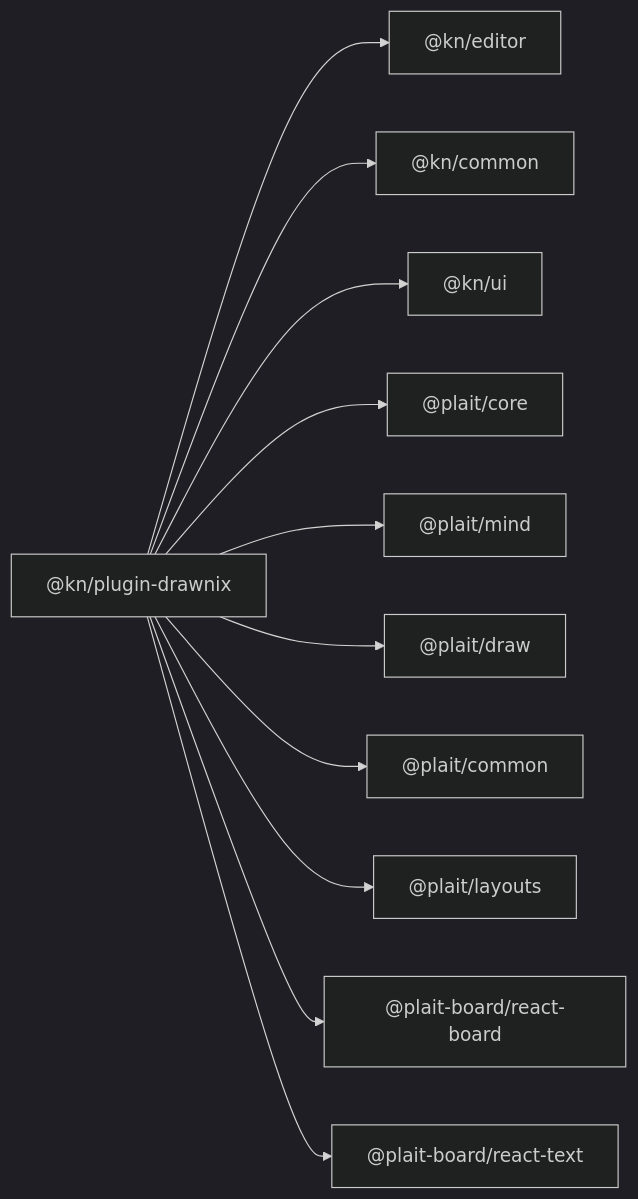
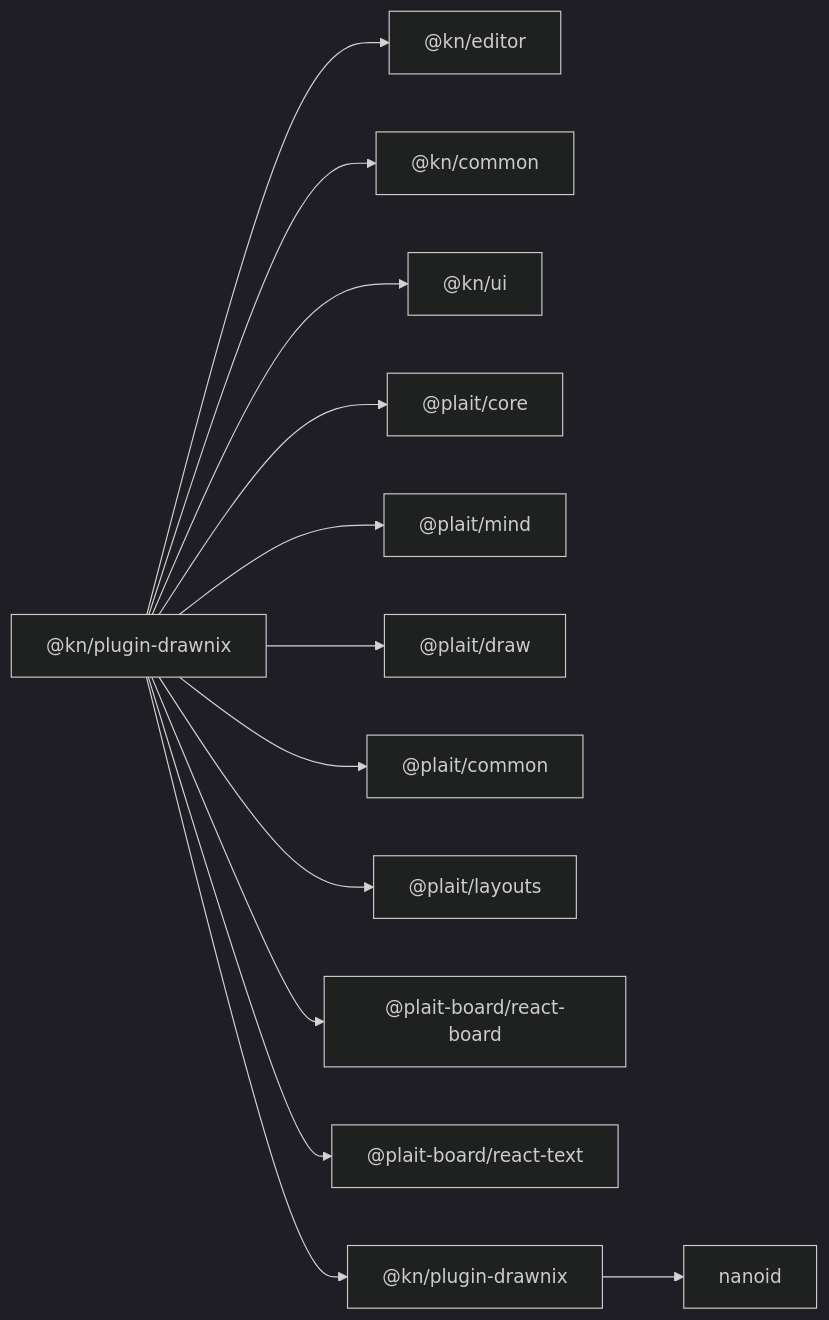
One commit to LRF0422/Kotion changed the eighth of 8 diagrams in .qoder/repowiki/zh/content/功能模块/绘图插件/Drawnix思维导图插件.md. Above: the diagram before and after it, drawn with Mermaid (dark theme). The commit also changed other lines of this file and 45 other files, not shown here.

````diff
--- a/.qoder/repowiki/zh/content/功能模块/绘图插件/Drawnix思维导图插件.md
+++ b/.qoder/repowiki/zh/content/功能模块/绘图插件/Drawnix思维导图插件.md
@@ -296,13 +391,15 @@
 ```mermaid
 graph LR
 P["@kn/plugin-drawnix"] --> E["@kn/editor"]
 P --> C["@kn/common"]
 P --> U["@kn/ui"]
 P --> PC["@plait/core"]
 P --> PM["@plait/mind"]
 P --> PD["@plait/draw"]
 P --> PG["@plait/common"]
 P --> PL["@plait/layouts"]
 P --> PR["@plait-board/react-board"]
 P --> PT["@plait-board/react-text"]
+P --> N["@kn/plugin-drawnix"]
+N --> NA["nanoid"]
 ```
````
